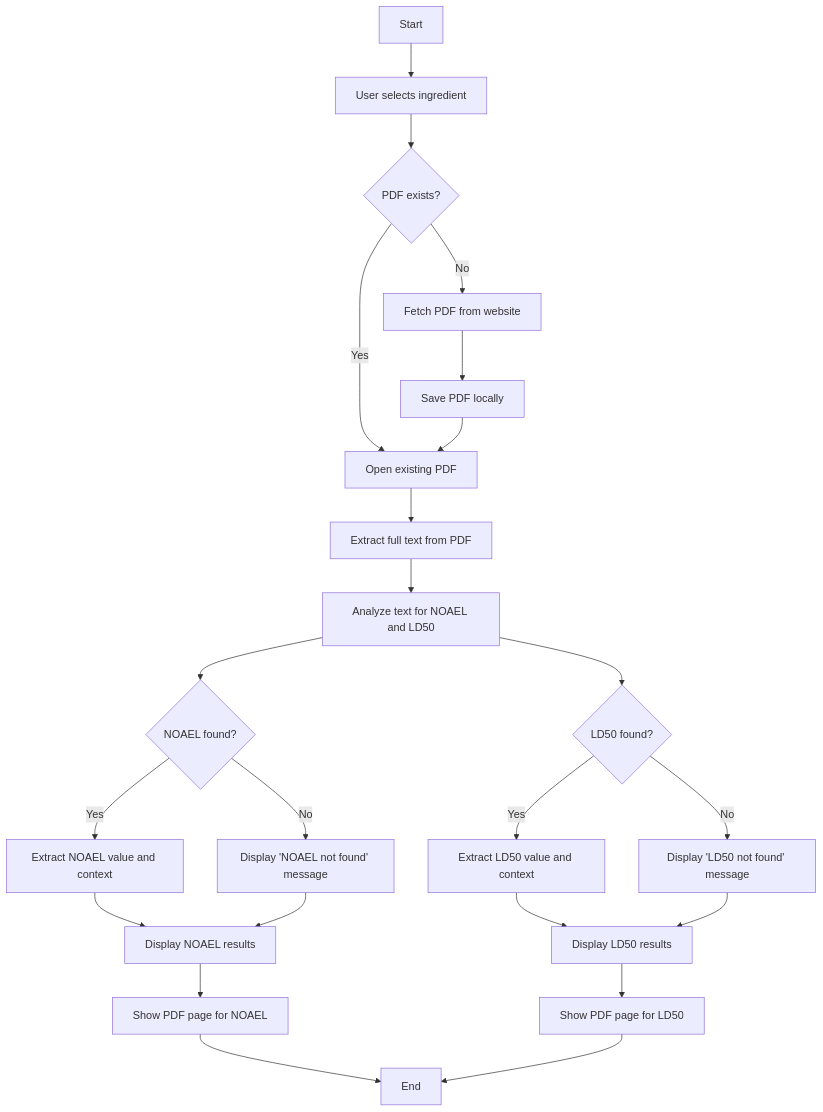
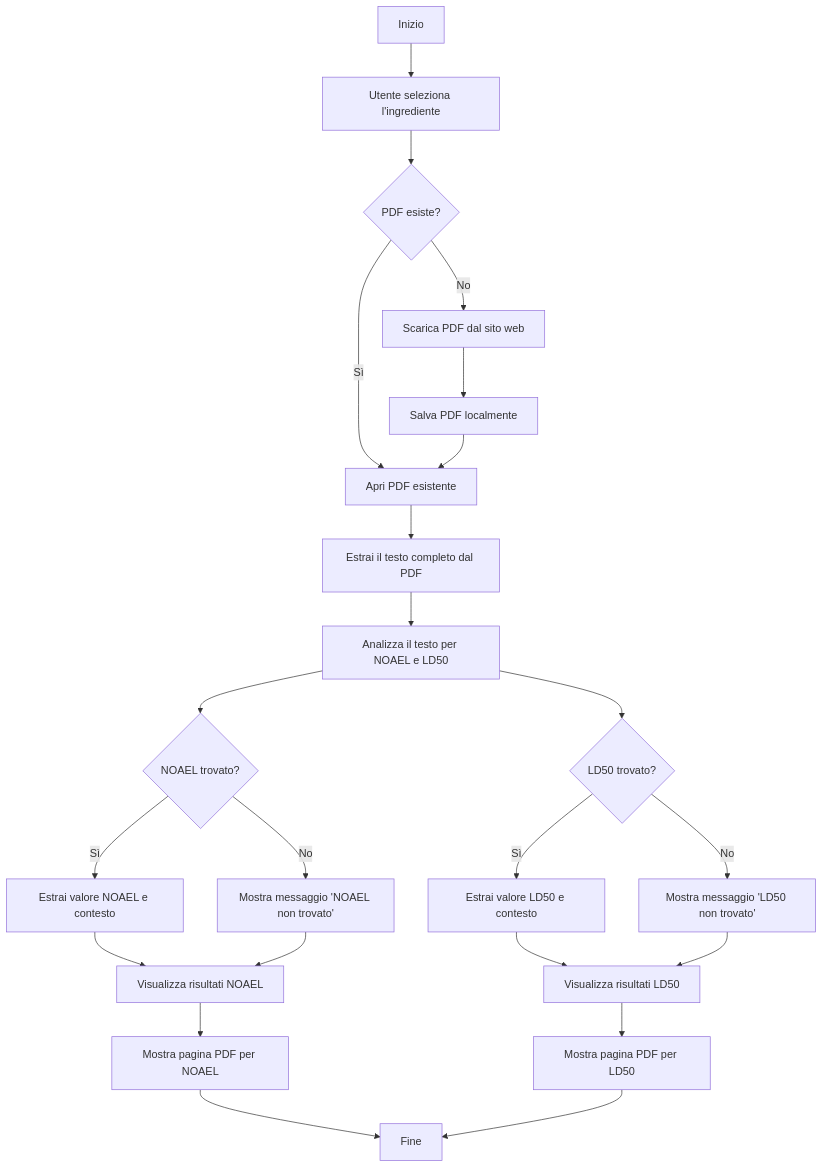
One commit to TedescoAndrea/Project-work changed the diagram in README.md. Above: the diagram before and after it, drawn with Mermaid. The commit also changed other lines of this file, not shown here.

````diff
--- a/README.md
+++ b/README.md
@@ -70,25 +72,25 @@
 ```mermaid
 graph TD
-    A[Start] --> B[User selects ingredient]
-    B --> C{PDF exists?}
-    C -->|Yes| F[Open existing PDF]
-    C -->|No| D[Fetch PDF from website]
-    D --> E[Save PDF locally]
+    A[Inizio] --> B[Utente seleziona l'ingrediente]
+    B --> C{PDF esiste?}
+    C -->|Sì| F[Apri PDF esistente]
+    C -->|No| D[Scarica PDF dal sito web]
+    D --> E[Salva PDF localmente]
     E --> F
-    F --> G[Extract full text from PDF]
-    G --> H[Analyze text for NOAEL and LD50]
-    H --> I{NOAEL found?}
-    I -->|Yes| J[Extract NOAEL value and context]
-    I -->|No| K[Display 'NOAEL not found' message]
-    H --> L{LD50 found?}
-    L -->|Yes| M[Extract LD50 value and context]
-    L -->|No| N[Display 'LD50 not found' message]
-    J --> O[Display NOAEL results]
+    F --> G[Estrai il testo completo dal PDF]
+    G --> H[Analizza il testo per NOAEL e LD50]
+    H --> I{NOAEL trovato?}
+    I -->|Sì| J[Estrai valore NOAEL e contesto]
+    I -->|No| K[Mostra messaggio 'NOAEL non trovato']
+    H --> L{LD50 trovato?}
+    L -->|Sì| M[Estrai valore LD50 e contesto]
+    L -->|No| N[Mostra messaggio 'LD50 non trovato']
+    J --> O[Visualizza risultati NOAEL]
     K --> O
-    M --> P[Display LD50 results]
+    M --> P[Visualizza risultati LD50]
     N --> P
-    O --> Q[Show PDF page for NOAEL]
-    P --> R[Show PDF page for LD50]
-    Q --> S[End]
+    O --> Q[Mostra pagina PDF per NOAEL]
+    P --> R[Mostra pagina PDF per LD50]
+    Q --> S[Fine]
     R --> S
 ```
````
